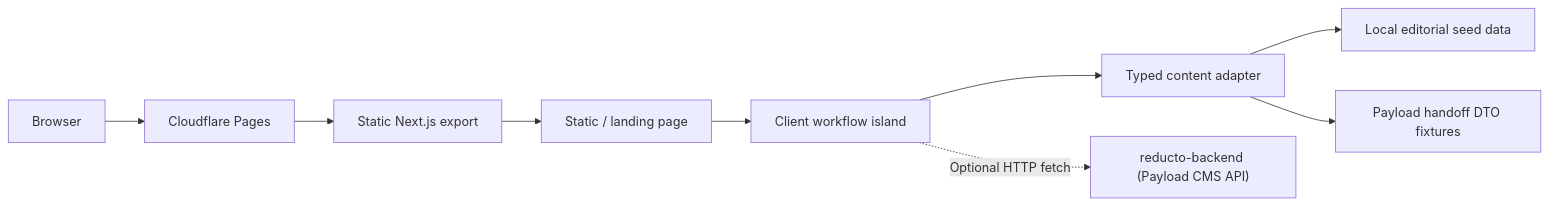
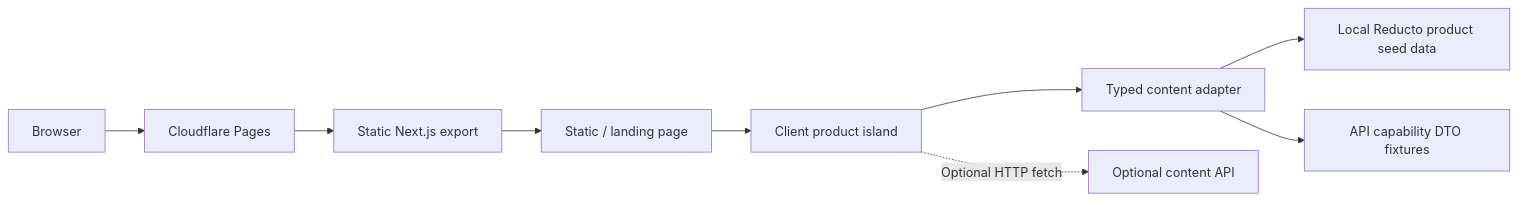
Before and after one commit to hthmkt12/reducto-web: the first of 2 diagrams in docs/system-architecture.md, drawn with Mermaid. The commit also changed other lines of this file and 24 other files, not shown here.

First line of the commit message:
feat: redesign Reducto document platform page

````diff
--- a/docs/system-architecture.md
+++ b/docs/system-architecture.md
@@ -7,11 +7,11 @@
 ```mermaid
 flowchart LR
   User["Browser"] --> Pages["Cloudflare Pages"]
   Pages --> Next["Static Next.js export"]
   Next --> Page["Static / landing page"]
-  Page --> Island["Client workflow island"]
+  Page --> Island["Client product island"]
   Island --> Adapter["Typed content adapter"]
-  Adapter --> Seed["Local editorial seed data"]
-  Adapter --> Handoff["Payload handoff DTO fixtures"]
-  Island -. "Optional HTTP fetch" .-> Backend["reducto-backend (Payload CMS API)"]
+  Adapter --> Seed["Local Reducto product seed data"]
+  Adapter --> Handoff["API capability DTO fixtures"]
+  Island -. "Optional HTTP fetch" .-> Backend["Optional content API"]
 ```
````
